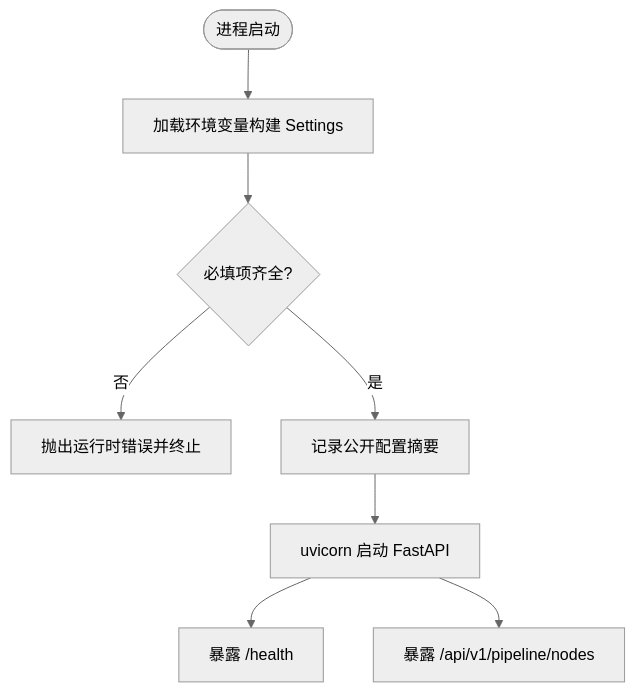
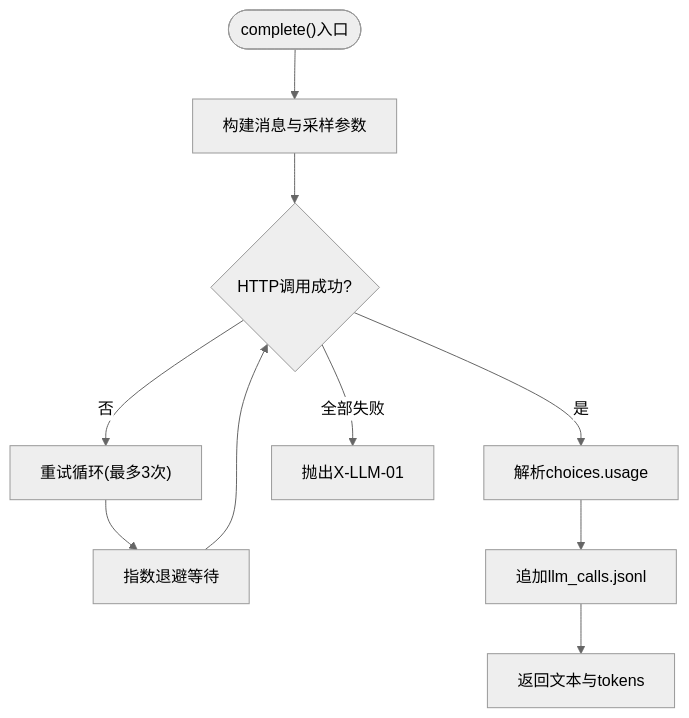
The third of 5 diagrams in .qoder/repowiki/zh/content/故障排查.md (Joeyzheng001/LLM-AutoTest), drawn with Mermaid (neutral theme) before and after one commit. The commit also changed other lines of this file and 186 other files, not shown here.

````diff
--- a/.qoder/repowiki/zh/content/故障排查.md
+++ b/.qoder/repowiki/zh/content/故障排查.md
@@ -101,10 +146,12 @@
 ```mermaid
 flowchart TD
-Start(["进程启动"]) --> LoadCfg["加载环境变量构建 Settings"]
-LoadCfg --> Valid{"必填项齐全?"}
-Valid -- 否 --> Err["抛出运行时错误并终止"]
-Valid -- 是 --> LogCfg["记录公开配置摘要"]
-LogCfg --> Run["uvicorn 启动 FastAPI"]
-Run --> Health["暴露 /health"]
-Run --> Nodes["暴露 /api/v1/pipeline/nodes"]
+Start(["complete()入口"]) --> BuildPayload["构建消息与采样参数"]
+BuildPayload --> TryCall{"HTTP调用成功?"}
+TryCall --> |否| RetryLoop["重试循环(最多3次)"]
+RetryLoop --> Backoff["指数退避等待"]
+Backoff --> TryCall
+TryCall --> |是| ParseResp["解析choices.usage"]
+ParseResp --> WriteTrace["追加llm_calls.jsonl"]
+WriteTrace --> ReturnOK["返回文本与tokens"]
+TryCall --> |全部失败| RaiseErr["抛出X-LLM-01"]
 ```
````
